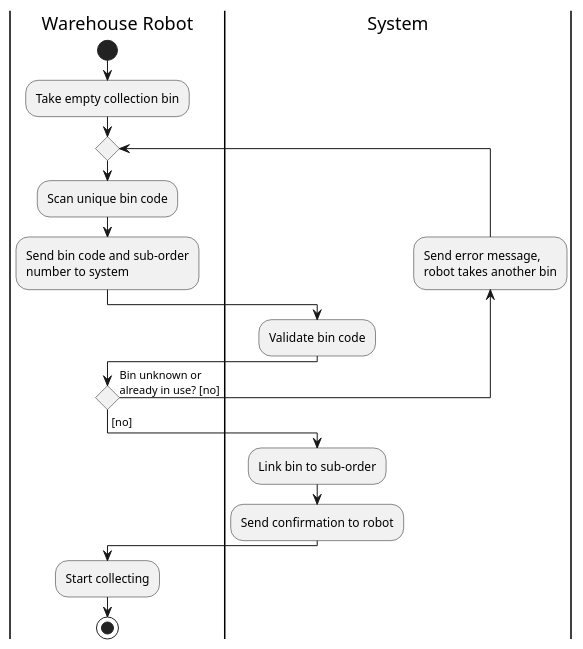
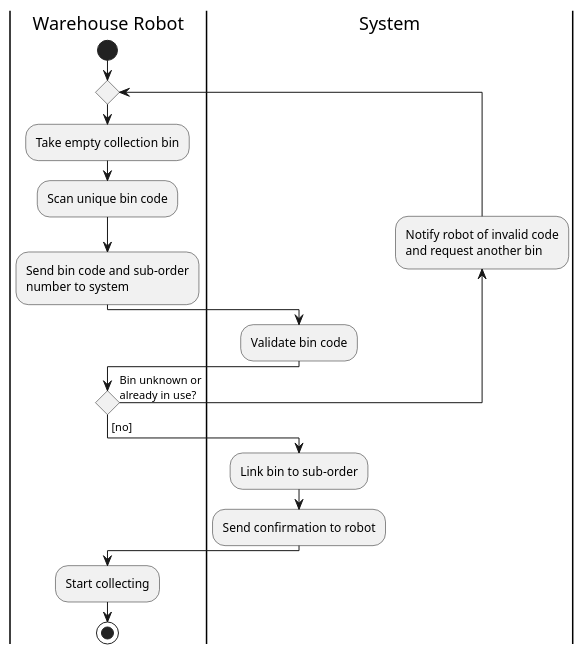
One commit to ViktorQorri/Project-Timaflu changed the diagram in Documentation/Architecture/uml/src/activity_diagrams/AD10_Register_collection_bin.puml. Above: the diagram before and after it, drawn with PlantUML. The commit also changed 3 other files, not shown here.

Commit message:
Enhance activity diagrams for customer management, payment registration, and invoicing processes

```diff
--- a/Documentation/Architecture/uml/src/activity_diagrams/AD10_Register_collection_bin.puml
+++ b/Documentation/Architecture/uml/src/activity_diagrams/AD10_Register_collection_bin.puml
@@ -1,21 +1,22 @@
 @startuml
 skinparam conditionStyle diamond
 skinparam ConditionEndStyle diamond
 skinparam ActivityDiamondFontSize 11
 |Warehouse Robot|
 start
-:Take empty collection bin;
 repeat
+  |Warehouse Robot|
+  :Take empty collection bin;
   :Scan unique bin code;
   :Send bin code and sub-order\nnumber to system;
   |System|
   :Validate bin code;
-backward :Send error message,\nrobot takes another bin;
-repeat while (Bin unknown or\nalready in use? [no]) is ([yes])
+backward :Notify robot of invalid code\nand request another bin;
+repeat while (Bin unknown or\nalready in use?) is ([yes])
 ->[no];
 :Link bin to sub-order;
 :Send confirmation to robot;
 |Warehouse Robot|
 :Start collecting;
 stop
 @enduml
```
